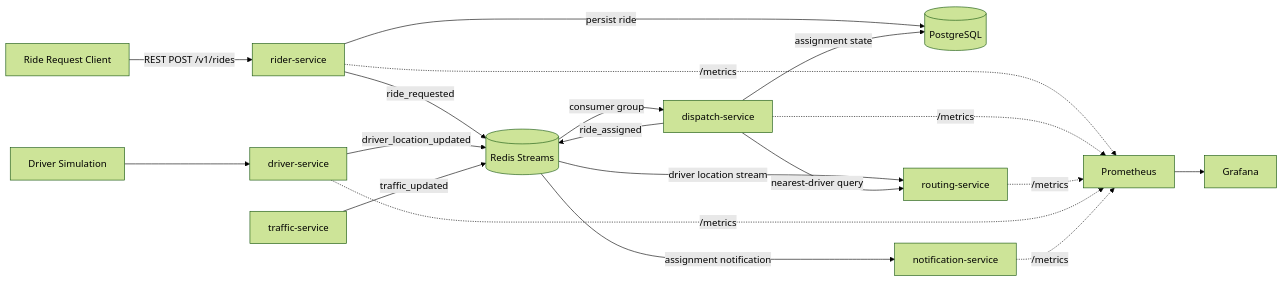
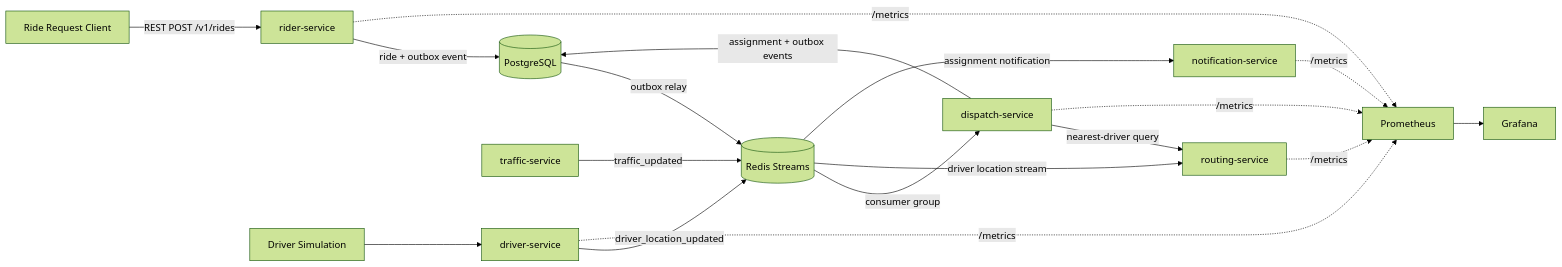
Before and after one commit to 96528025/MetroRide: the first of 3 diagrams in README.md, drawn with Mermaid (forest theme). The commit also changed other lines of this file and 14 other files, not shown here.

````diff
--- a/README.md
+++ b/README.md
@@ -19,24 +27,23 @@
 ```mermaid
 flowchart LR
     RiderClient[Ride Request Client] -->|REST POST /v1/rides| Rider[rider-service]
     DriverSim[Driver Simulation] --> Driver[driver-service]
 
-    Rider -->|persist ride| Postgres[(PostgreSQL)]
-    Rider -->|ride_requested| Redis[(Redis Streams)]
+    Rider -->|ride + outbox event| Postgres[(PostgreSQL)]
+    Postgres -->|outbox relay| Redis[(Redis Streams)]
     Driver -->|driver_location_updated| Redis
     Traffic[traffic-service] -->|traffic_updated| Redis
 
     Redis -->|consumer group| Dispatch[dispatch-service]
     Redis -->|driver location stream| Routing[routing-service]
     Dispatch -->|nearest-driver query| Routing
-    Dispatch -->|assignment state| Postgres
-    Dispatch -->|ride_assigned| Redis
+    Dispatch -->|assignment + outbox events| Postgres
     Redis -->|assignment notification| Notification[notification-service]
 
     Rider -.->|/metrics| Prometheus[Prometheus]
     Dispatch -.->|/metrics| Prometheus
     Routing -.->|/metrics| Prometheus
     Driver -.->|/metrics| Prometheus
     Notification -.->|/metrics| Prometheus
     Prometheus --> Grafana[Grafana]
 ```
````
